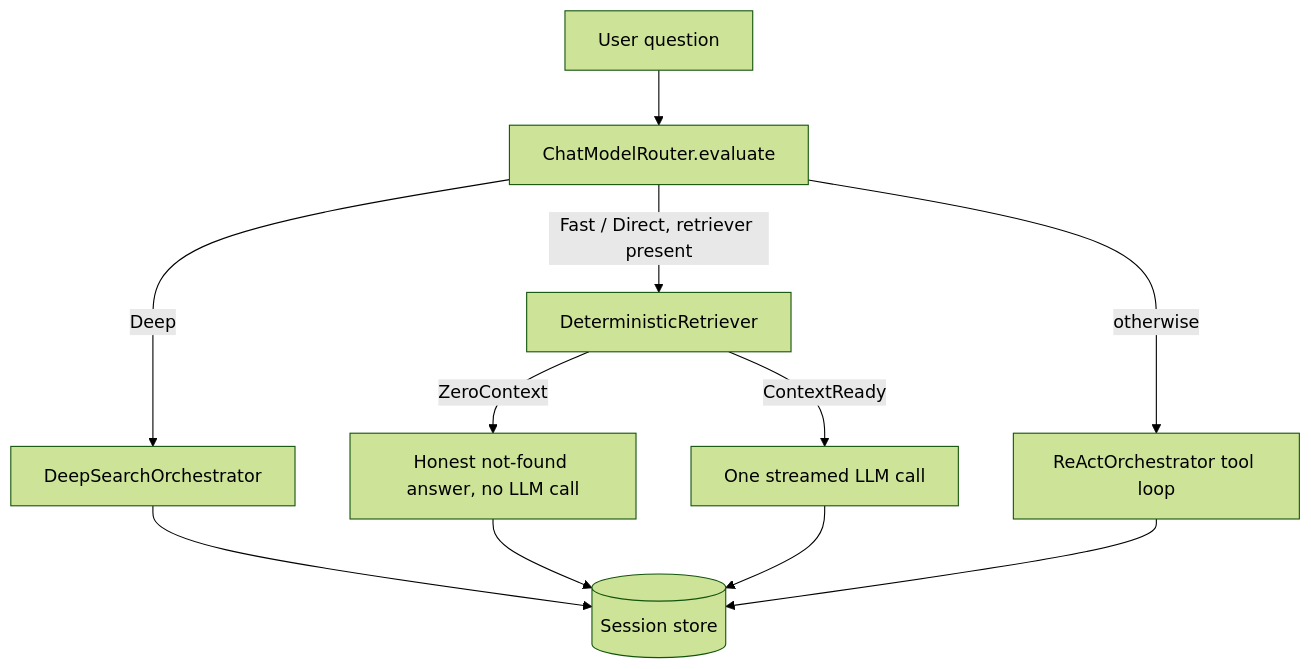
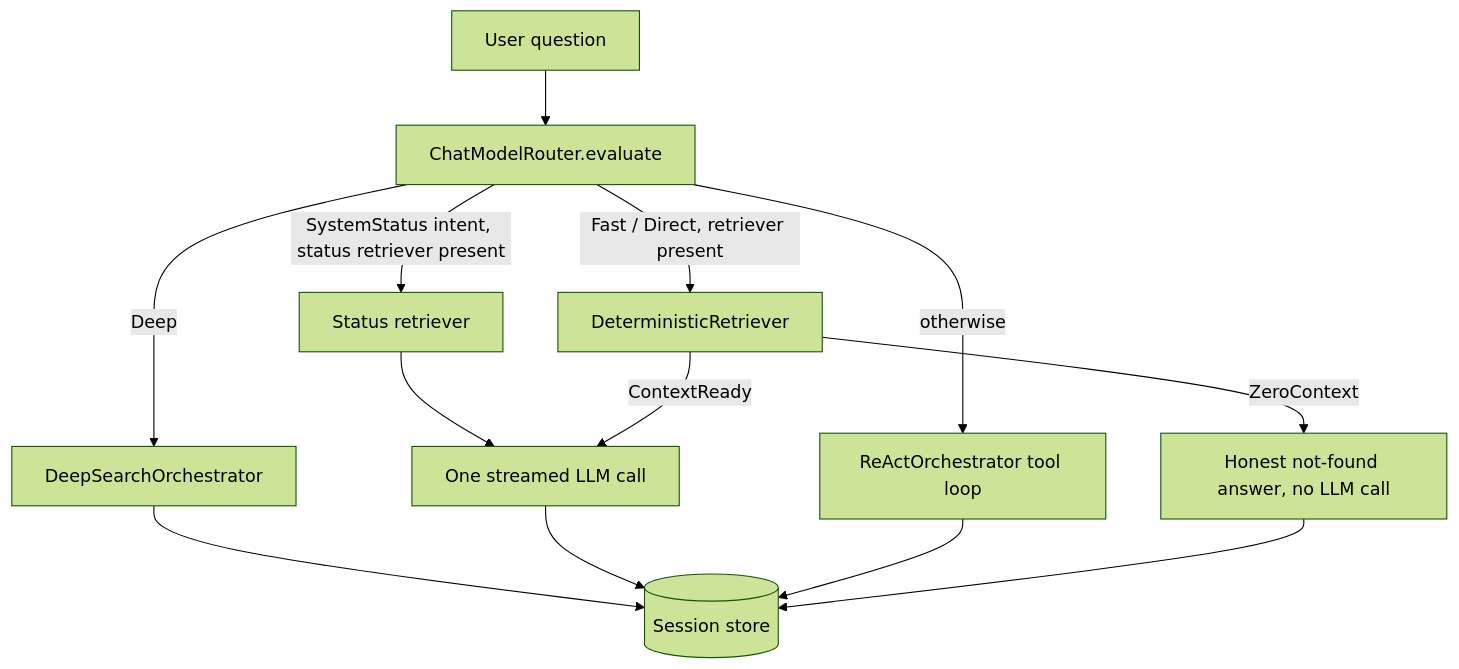
The diagram in docs/architecture/agent.md (Levix-Digital/any-context), drawn with Mermaid (forest theme) before and after one commit. The commit also changed other lines of this file and 17 other files, not shown here.

````diff
--- a/docs/architecture/agent.md
+++ b/docs/architecture/agent.md
@@ -35,10 +35,12 @@
 ```mermaid
 flowchart TD
     Q[User question] --> R[ChatModelRouter.evaluate]
+    R -->|SystemStatus intent, status retriever present| SR[Status retriever]
+    SR --> ONE
     R -->|Deep| DS[DeepSearchOrchestrator]
     R -->|Fast / Direct, retriever present| DR[DeterministicRetriever]
     DR -->|ZeroContext| Z[Honest not-found answer, no LLM call]
     DR -->|ContextReady| ONE[One streamed LLM call]
     R -->|otherwise| RE[ReActOrchestrator tool loop]
     DS & ONE & RE & Z --> S[(Session store)]
 ```
````
